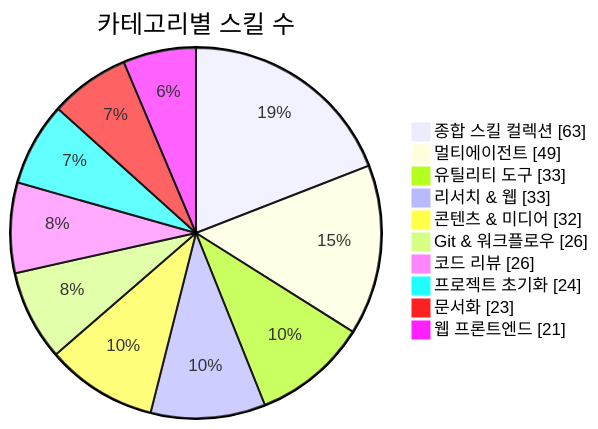
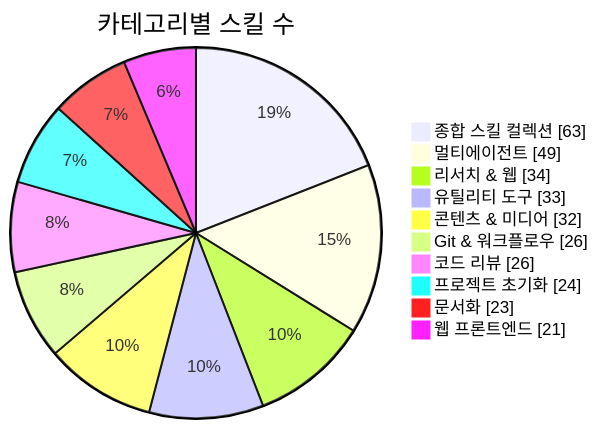
The first of 3 diagrams in README.md (J-nowcow/awesome-korean-agent-skills), drawn with Mermaid before and after one commit. The commit also changed other lines of this file and 4 other files, not shown here.

````diff
--- a/README.md
+++ b/README.md
@@ -176,14 +176,14 @@
 ```mermaid
 pie showData
     title 카테고리별 스킬 수
     "종합 스킬 컬렉션" : 63
     "멀티에이전트" : 49
+    "리서치 & 웹" : 34
     "유틸리티 도구" : 33
-    "리서치 & 웹" : 33
     "콘텐츠 & 미디어" : 32
     "Git & 워크플로우" : 26
     "코드 리뷰" : 26
     "프로젝트 초기화" : 24
     "문서화" : 23
     "웹 프론트엔드" : 21
 ```
````
